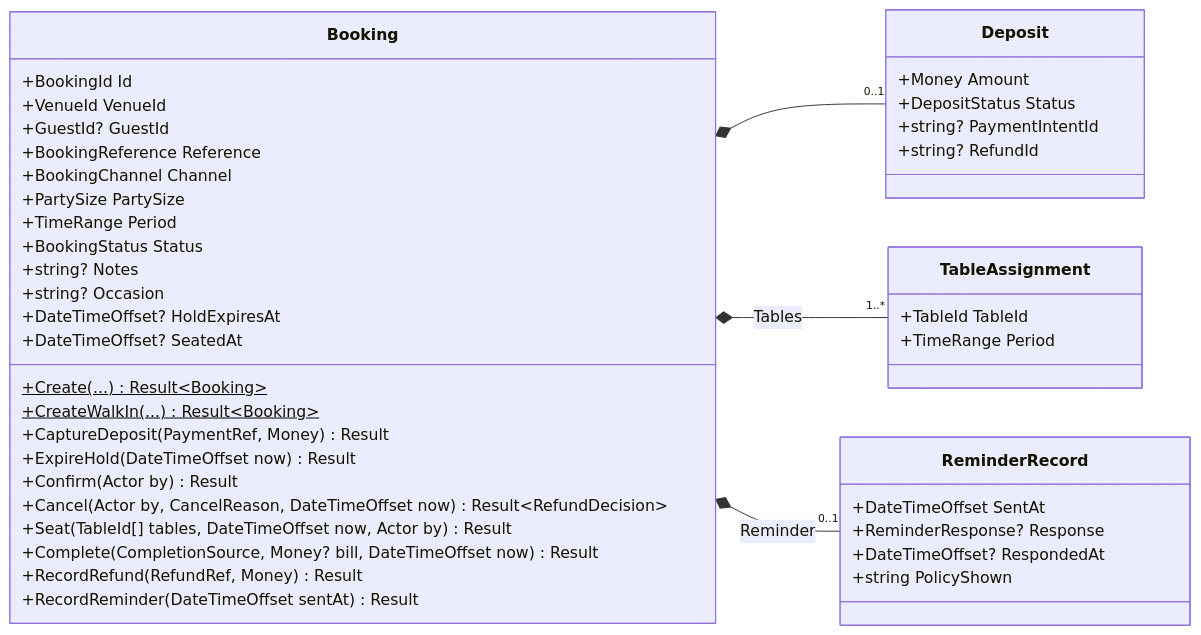
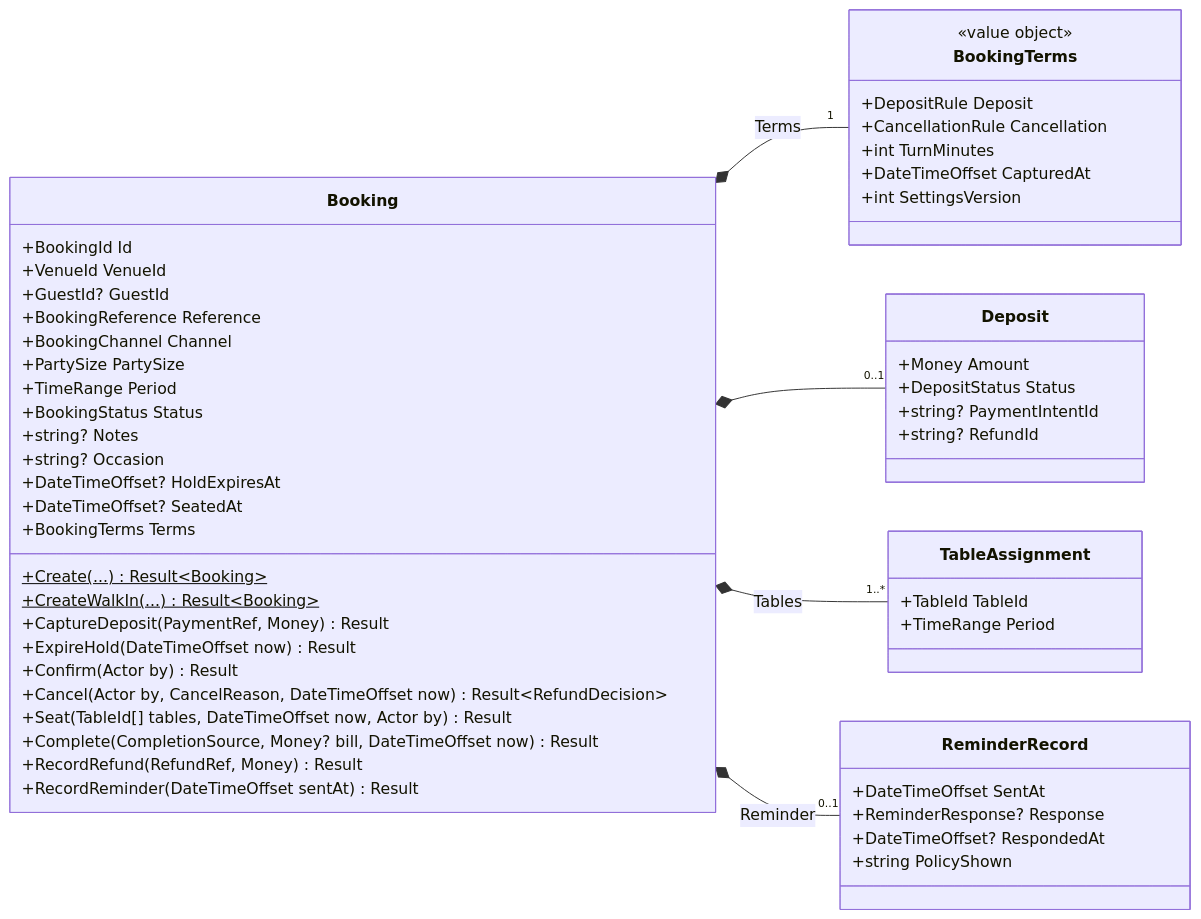
One commit to ring9834/TableReservation changed the third of 24 diagrams in docs/Design.md. Above: the diagram before and after it, drawn with Mermaid. The commit also changed other lines of this file, not shown here.

Commit message:
When a booking is created, it saves its own copy of the deposit rule, the cancellation rule and the turn time.

````diff
--- a/docs/Design.md
+++ b/docs/Design.md
@@ -166,47 +168,57 @@
 ```mermaid
 classDiagram
     direction LR
     class Booking {
         +BookingId Id
         +VenueId VenueId
         +GuestId? GuestId
         +BookingReference Reference
         +BookingChannel Channel
         +PartySize PartySize
         +TimeRange Period
         +BookingStatus Status
         +string? Notes
         +string? Occasion
         +DateTimeOffset? HoldExpiresAt
         +DateTimeOffset? SeatedAt
+        +BookingTerms Terms
         +Create(...)$ Result~Booking~
         +CreateWalkIn(...)$ Result~Booking~
         +CaptureDeposit(PaymentRef, Money) Result
         +ExpireHold(DateTimeOffset now) Result
         +Confirm(Actor by) Result
         +Cancel(Actor by, CancelReason, DateTimeOffset now) Result~RefundDecision~
         +Seat(TableId[] tables, DateTimeOffset now, Actor by) Result
         +Complete(CompletionSource, Money? bill, DateTimeOffset now) Result
         +RecordRefund(RefundRef, Money) Result
         +RecordReminder(DateTimeOffset sentAt) Result
     }
     class Deposit {
         +Money Amount
         +DepositStatus Status
         +string? PaymentIntentId
         +string? RefundId
     }
     class TableAssignment {
         +TableId TableId
         +TimeRange Period
     }
     class ReminderRecord {
         +DateTimeOffset SentAt
         +ReminderResponse? Response
         +DateTimeOffset? RespondedAt
         +string PolicyShown
     }
+    class BookingTerms {
+        <<value object>>
+        +DepositRule Deposit
+        +CancellationRule Cancellation
+        +int TurnMinutes
+        +DateTimeOffset CapturedAt
+        +int SettingsVersion
+    }
+    Booking *-- "1" BookingTerms : Terms
     Booking *-- "0..1" Deposit
     Booking *-- "1..*" TableAssignment : Tables
     Booking *-- "0..1" ReminderRecord : Reminder
 ```
````
